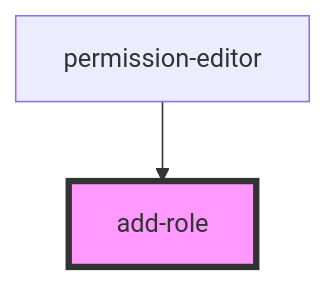
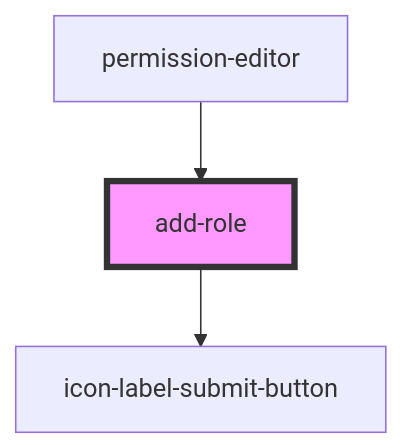
The diagram in src/components/permissionPage/add-role/readme.md (techvariable/NeptuneConnectComponents), drawn with Mermaid before and after one commit. The commit also changed other lines of this file and 28 other files, not shown here.

````diff
--- a/src/components/permissionPage/add-role/readme.md
+++ b/src/components/permissionPage/add-role/readme.md
@@ -24,5 +28,6 @@
 ```mermaid
 graph TD;
+  add-role --> icon-label-submit-button
   permission-editor --> add-role
   style add-role fill:#f9f,stroke:#333,stroke-width:4px
 ```
````
